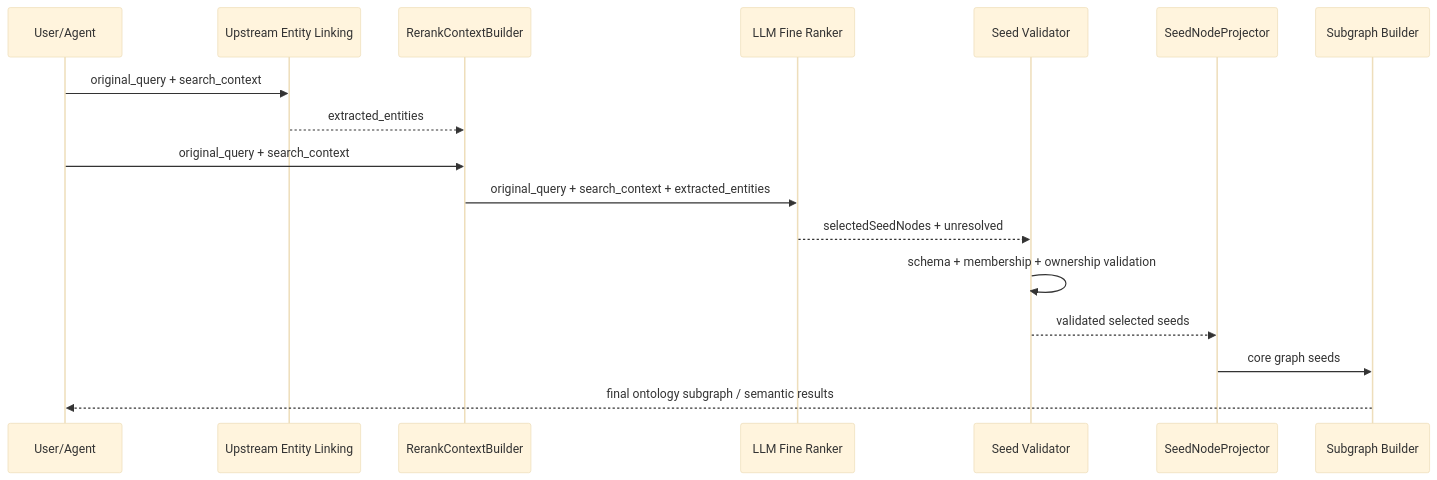
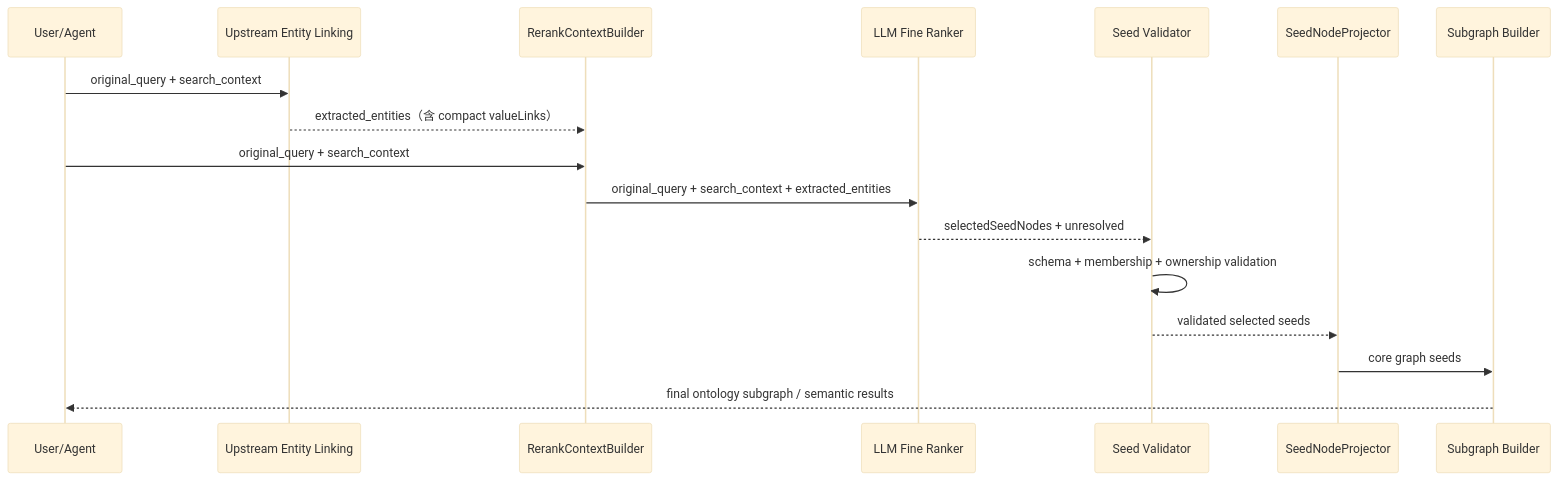
The ninth of 9 diagrams in docs/OAG本体锚点语义检索与向量索引设计方案.md (cfwl100/onology_dsl), drawn with Mermaid (base theme) before and after one commit. The commit also changed other lines of this file, not shown here.

````diff
--- a/docs/OAG本体锚点语义检索与向量索引设计方案.md
+++ b/docs/OAG本体锚点语义检索与向量索引设计方案.md
@@ -4956,20 +5303,20 @@
 ```mermaid
 sequenceDiagram
     participant U as User/Agent
     participant E as Upstream Entity Linking
     participant R as RerankContextBuilder
     participant L as LLM Fine Ranker
     participant V as Seed Validator
     participant P as SeedNodeProjector
     participant G as Subgraph Builder
 
     U->>E: original_query + search_context
-    E-->>R: extracted_entities
+    E-->>R: extracted_entities（含 compact valueLinks）
     U->>R: original_query + search_context
     R->>L: original_query + search_context + extracted_entities
     L-->>V: selectedSeedNodes + unresolved
     V->>V: schema + membership + ownership validation
     V-->>P: validated selected seeds
     P->>G: core graph seeds
     G-->>U: final ontology subgraph / semantic results
 ```
````
